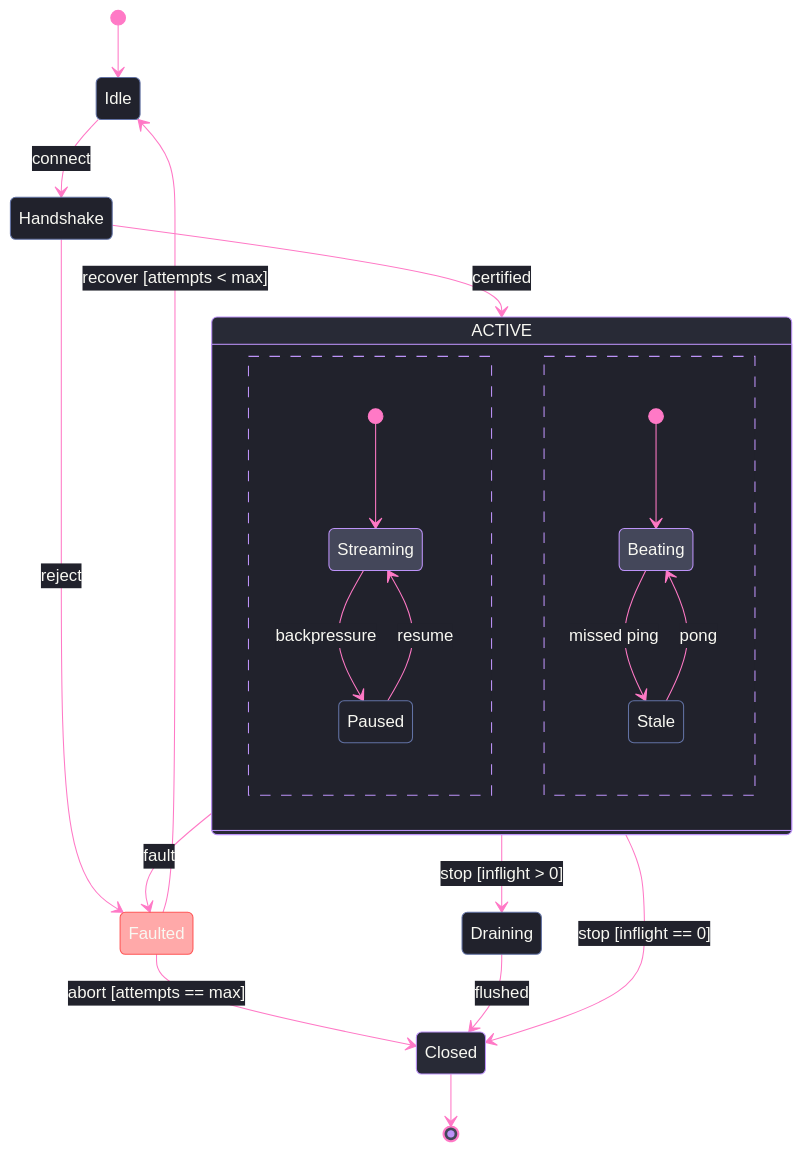
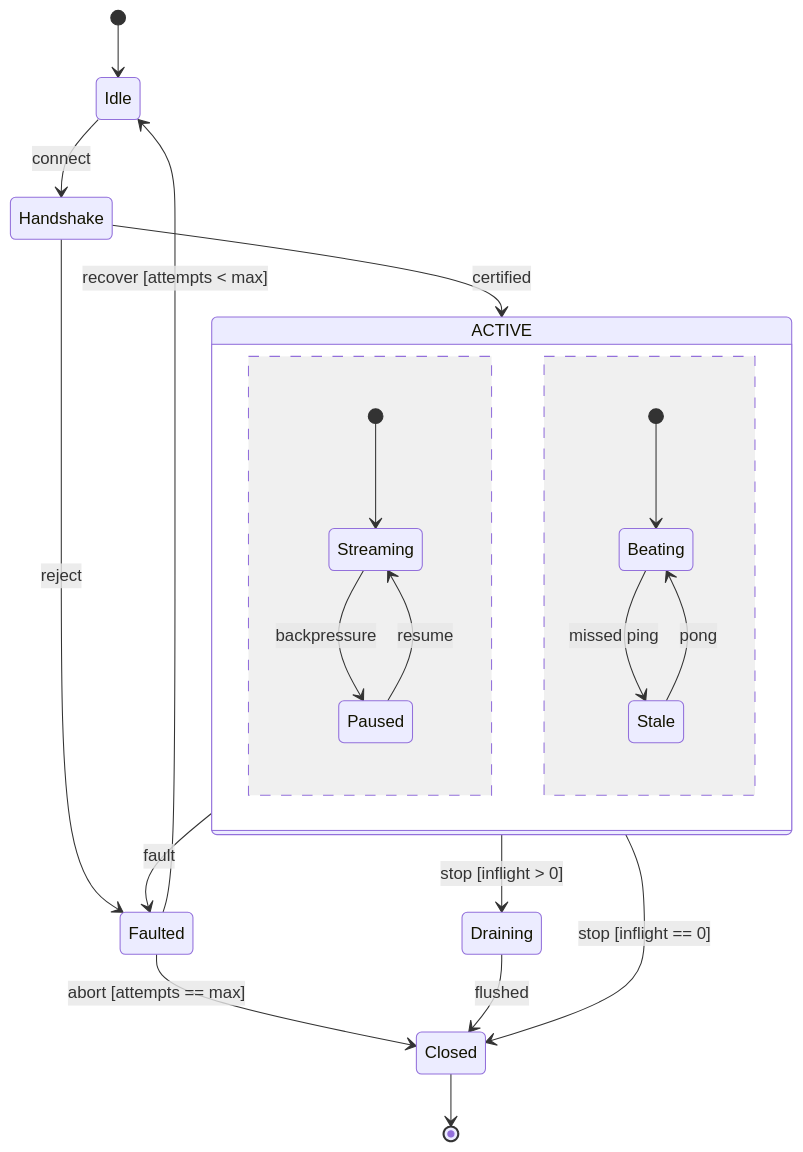
Before and after one commit to bsamiee/Rasm: the diagram in .claude/skills/mermaid-diagramming/templates/lifecycle.mmd.md, drawn with Mermaid. The commit also changed other lines of this file and 28 other files, not shown here.

Commit message:
skills(docgen+mermaid): payload-only diagram law — docgen gate/fixer strips fence styling; mermaid bundle sheds the styling canon, theming survives as one opt-in reference

````diff
--- a/.claude/skills/mermaid-diagramming/templates/lifecycle.mmd.md
+++ b/.claude/skills/mermaid-diagramming/templates/lifecycle.mmd.md
@@ -5,58 +5,26 @@
 ```mermaid
----
-config:
-  theme: base
-  look: classic
-  themeVariables:
-    darkMode: true
-    fontFamily: "SF Mono, Menlo, Cascadia Mono, Segoe UI Mono, Consolas, monospace"
-    useGradient: false
-    dropShadow: "none"
-    background: "#282A36"
-    primaryColor: "#44475A"
-    primaryTextColor: "#F8F8F2"
-    primaryBorderColor: "#BD93F9"
-    tertiaryColor: "#21222C"
-    tertiaryTextColor: "#F8F8F2"
-    lineColor: "#FF79C6"
-    textColor: "#F8F8F2"
-    clusterBkg: "#21222C"
-    clusterBorder: "#D6BCFA"
-    compositeBackground: "#21222C"
-    compositeTitleBackground: "#282A36"
-    compositeBorder: "#D6BCFA"
-    edgeLabelBackground: "#21222C"
-    labelBackgroundColor: "#21222C"
-  themeCSS: ".nodeLabel{font-size:13px;font-weight:500}.edgeLabel{font-size:12px;font-weight:500}.cluster-label .nodeLabel{font-size:13.5px;font-weight:700;letter-spacing:.08em;color:#D6BCFA}.transition{stroke-width:2px}.note-edge{stroke-width:1.5px}.node rect,.node circle,.node path,.node .outer-path{stroke-width:1.5px;filter:none!important}.statediagram-cluster rect.outer{stroke:#D6BCFA;stroke-width:1px!important;stroke-dasharray:5 4}.statediagram-state rect.divider{stroke:#D6BCFA;stroke-width:1px;stroke-dasharray:5 4;fill:#282A36}[id*='barbEnd'] path{fill:#FF79C6;stroke:#FF79C6;transform:scale(.4);transform-origin:14px 7px}.state-start{r:3.4px;fill:#FF79C6;stroke:#FF79C6}.node[id*='_end'] .outer-path{transform-box:fill-box;transform-origin:center;transform:scale(.48)}.edgeLabel rect{transform-box:fill-box;transform-origin:center;transform:scale(1.1,1.2)}"
----
 stateDiagram-v2
     accTitle: Bridge session lifecycle
     accDescr: A bridge session moving from idle through handshake into a composite active state with concurrent streaming and heartbeat regions, guarded stop exits, and a bounded fault recovery loop before terminal close.
     [*] --> Idle
     Idle --> Handshake: connect
     Handshake --> Active: certified
     Handshake --> Faulted: reject
     state "ACTIVE" as Active {
         direction TB
         [*] --> Streaming
         Streaming --> Paused: backpressure
         Paused --> Streaming: resume
         --
         [*] --> Beating
         Beating --> Stale: missed ping
         Stale --> Beating: pong
     }
     Active --> Draining: stop [inflight > 0]
     Active --> Closed: stop [inflight == 0]
     Active --> Faulted: fault
     Faulted --> Idle: recover [attempts < max]
     Faulted --> Closed: abort [attempts == max]
     Draining --> Closed: flushed
     Closed --> [*]
-    classDef error fill:#FF555580,stroke:#FF5555,color:#F8F8F2
-    classDef boundary fill:#282A36,stroke:#BD93F9,color:#F8F8F2
-    classDef recessed fill:#21222C,stroke:#6272A4,color:#F8F8F2
-    class Faulted error
-    class Closed boundary
-    class Idle,Handshake,Paused,Stale,Draining recessed
 ```
````
